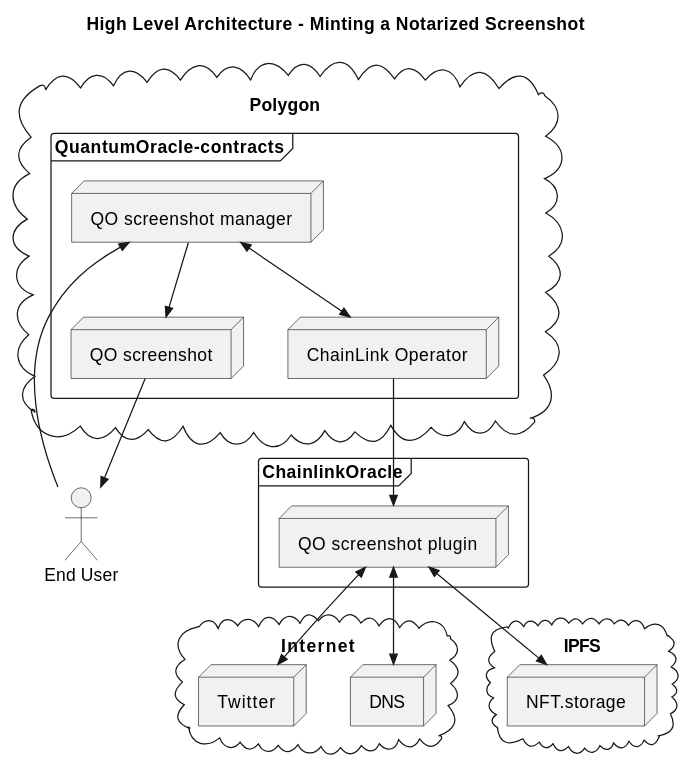
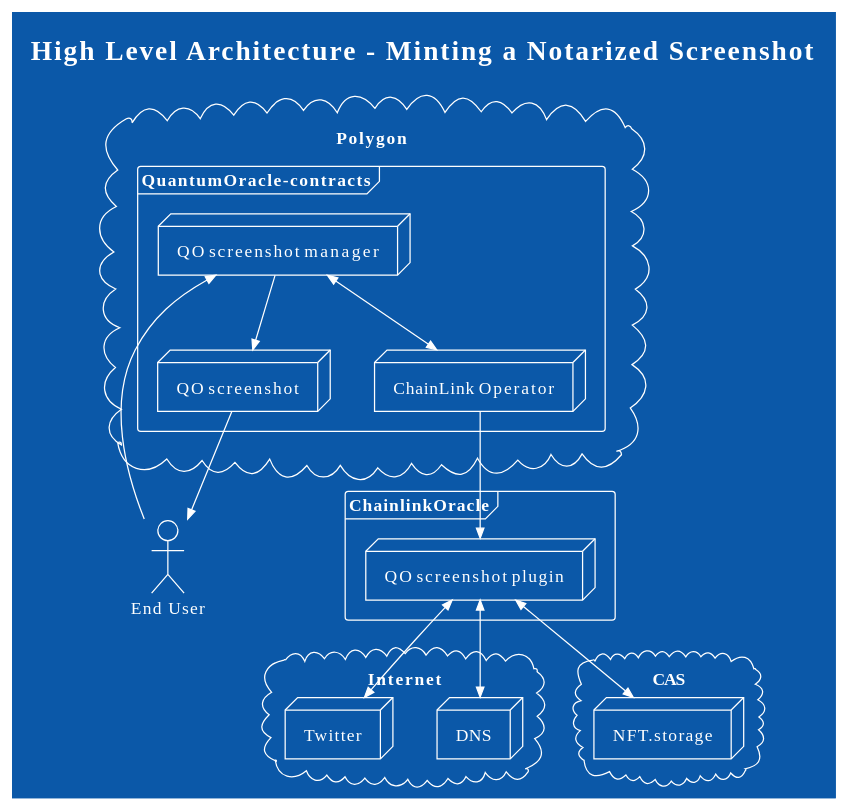
The diagram in docs/high_level_architecture.md (NotarizedScreenshot/notaryshot-contracts), drawn with PlantUML before and after one commit. The commit also changed 1 other file, not shown here.

Commit message:
Mint sequence diagram, closes #5

````diff
--- a/docs/high_level_architecture.md
+++ b/docs/high_level_architecture.md
@@ -1,38 +3,39 @@
-```plantuml
-@startuml QuantumOracle High Level Architecture
-
+```puml
+@startuml
+!theme amiga
 title High Level Architecture - Minting a Notarized Screenshot
 
 actor "End User" as eu
 
 cloud Polygon {
     frame QuantumOracle-contracts{
         node "QO screenshot manager" as screenshot_manager
         node "QO screenshot" as screenshot
         node "ChainLink Operator" as operator
     }
 }
 
 frame ChainlinkOracle {
     node "QO screenshot plugin" as plugin
 }
 
 cloud Internet {
     node "DNS" as dns
     node "Twitter" as twitter
 }
 
-cloud IPFS {
+cloud CAS {
     node "NFT.storage" as nft_storage
 }
 
 eu -->> screenshot_manager
 screenshot_manager <<-->> operator
 screenshot_manager -->> screenshot
 screenshot -->> eu
 operator -->> plugin
 plugin <<-->> dns
 plugin <<-->> twitter
 plugin <<-->> nft_storage
 @enduml
+@enduml
 ```
````
